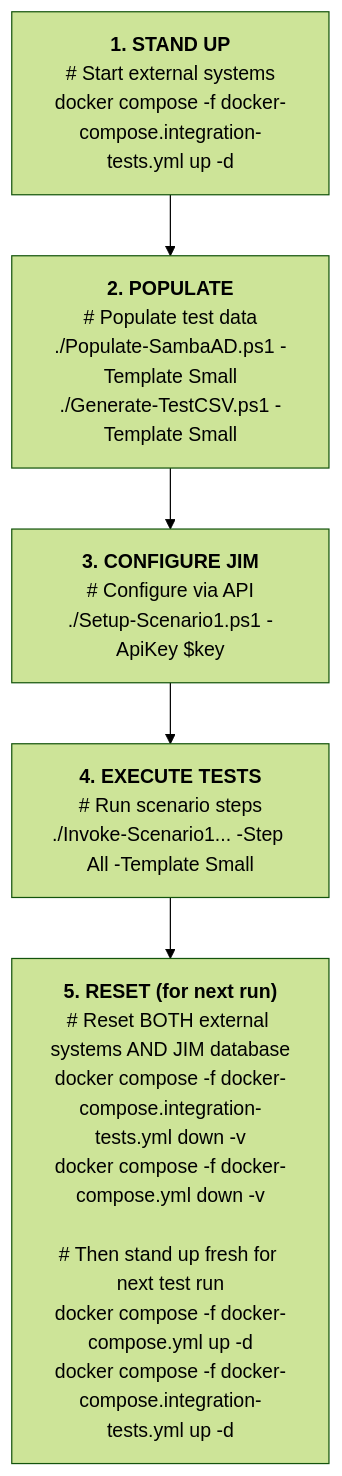
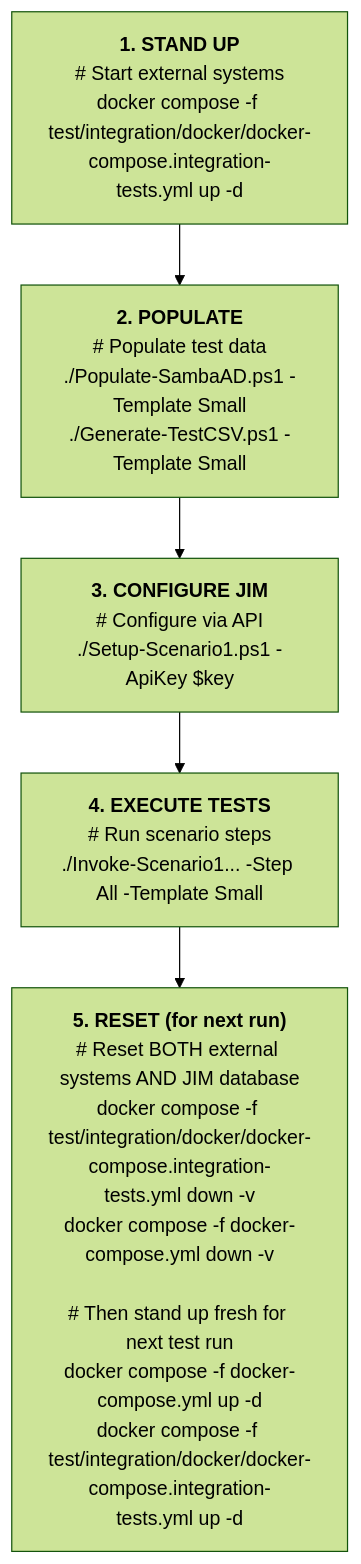
One commit to TetronIO/JIM changed the first of 4 diagrams in engineering/INTEGRATION_TESTING.md. Above: the diagram before and after it, drawn with Mermaid (forest theme). The commit also changed other lines of this file and 36 other files, not shown here.

````diff
--- a/engineering/INTEGRATION_TESTING.md
+++ b/engineering/INTEGRATION_TESTING.md
@@ -233,9 +233,9 @@
 ```mermaid
 flowchart TD
-    A["<b>1. STAND UP</b><br/># Start external systems<br/>docker compose -f docker-compose.integration-tests.yml up -d"]
+    A["<b>1. STAND UP</b><br/># Start external systems<br/>docker compose -f test/integration/docker/docker-compose.integration-tests.yml up -d"]
     B["<b>2. POPULATE</b><br/># Populate test data<br/>./Populate-SambaAD.ps1 -Template Small<br/>./Generate-TestCSV.ps1 -Template Small"]
     C["<b>3. CONFIGURE JIM</b><br/># Configure via API<br/>./Setup-Scenario1.ps1 -ApiKey $key"]
     D["<b>4. EXECUTE TESTS</b><br/># Run scenario steps<br/>./Invoke-Scenario1... -Step All -Template Small"]
-    E["<b>5. RESET (for next run)</b><br/># Reset BOTH external systems AND JIM database<br/>docker compose -f docker-compose.integration-tests.yml down -v<br/>docker compose -f docker-compose.yml down -v<br/><br/># Then stand up fresh for next test run<br/>docker compose -f docker-compose.yml up -d<br/>docker compose -f docker-compose.integration-tests.yml up -d"]
+    E["<b>5. RESET (for next run)</b><br/># Reset BOTH external systems AND JIM database<br/>docker compose -f test/integration/docker/docker-compose.integration-tests.yml down -v<br/>docker compose -f docker-compose.yml down -v<br/><br/># Then stand up fresh for next test run<br/>docker compose -f docker-compose.yml up -d<br/>docker compose -f test/integration/docker/docker-compose.integration-tests.yml up -d"]
     A --> B --> C --> D --> E
 ```
````
